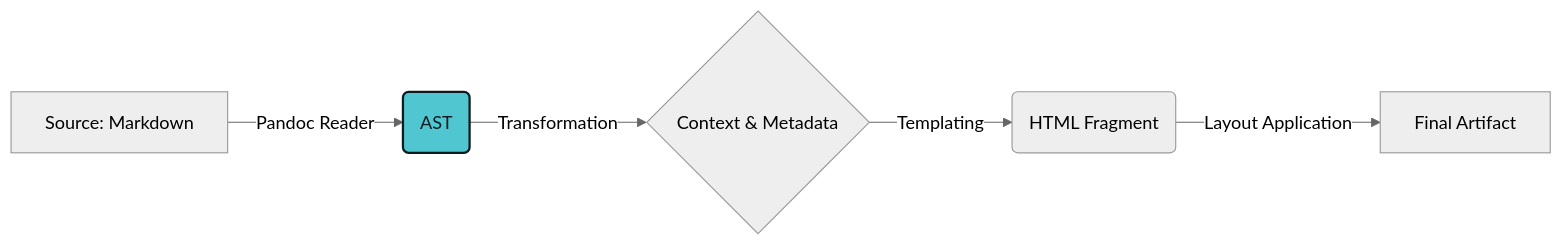
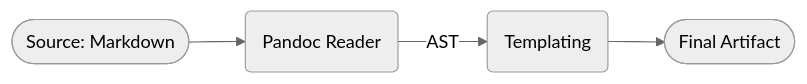
The diagram in Readme.md (swatson555/swatson555-blog-compiler), drawn with Mermaid (neutral theme) before and after one commit.

Commit message:
docs: fixed the flowchart

````diff
--- a/Readme.md
+++ b/Readme.md
@@ -16,8 +16,6 @@
 ```mermaid
-graph LR
-    A[Source: Markdown] -->|Pandoc Reader| B(AST)
-    B -->|Transformation| C{Context & Metadata}
-    C -->|Templating| D(HTML Fragment)
-    D -->|Layout Application| E[Final Artifact]
-    style B fill:#50C6D1,stroke:#0B1B1F,stroke-width:2px,color:#0B1B1F
+flowchart LR
+    A([Source: Markdown]) --> B(Pandoc Reader)
+    B -->|AST| C(Templating)
+    C --> D([Final Artifact])
 ```
````
